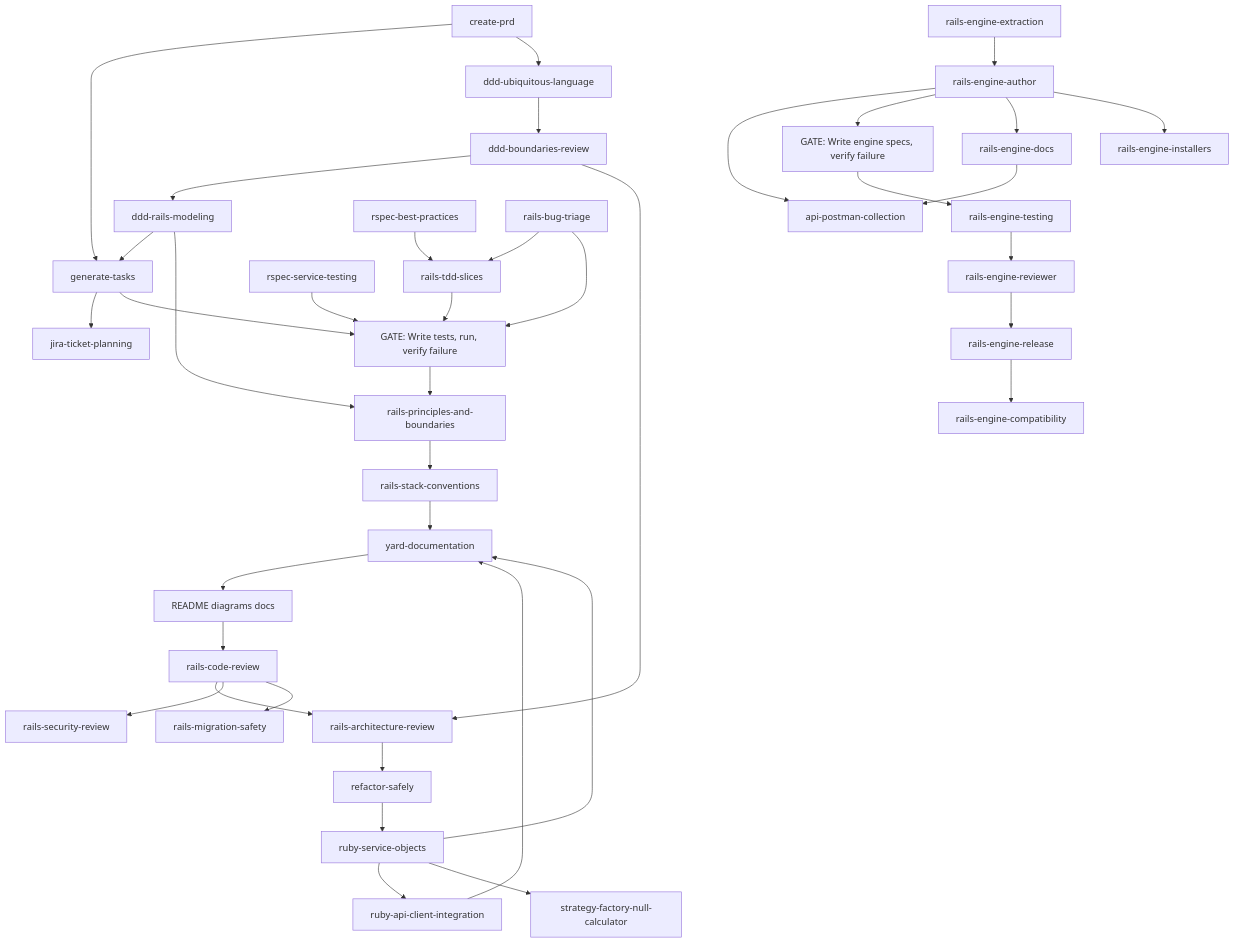
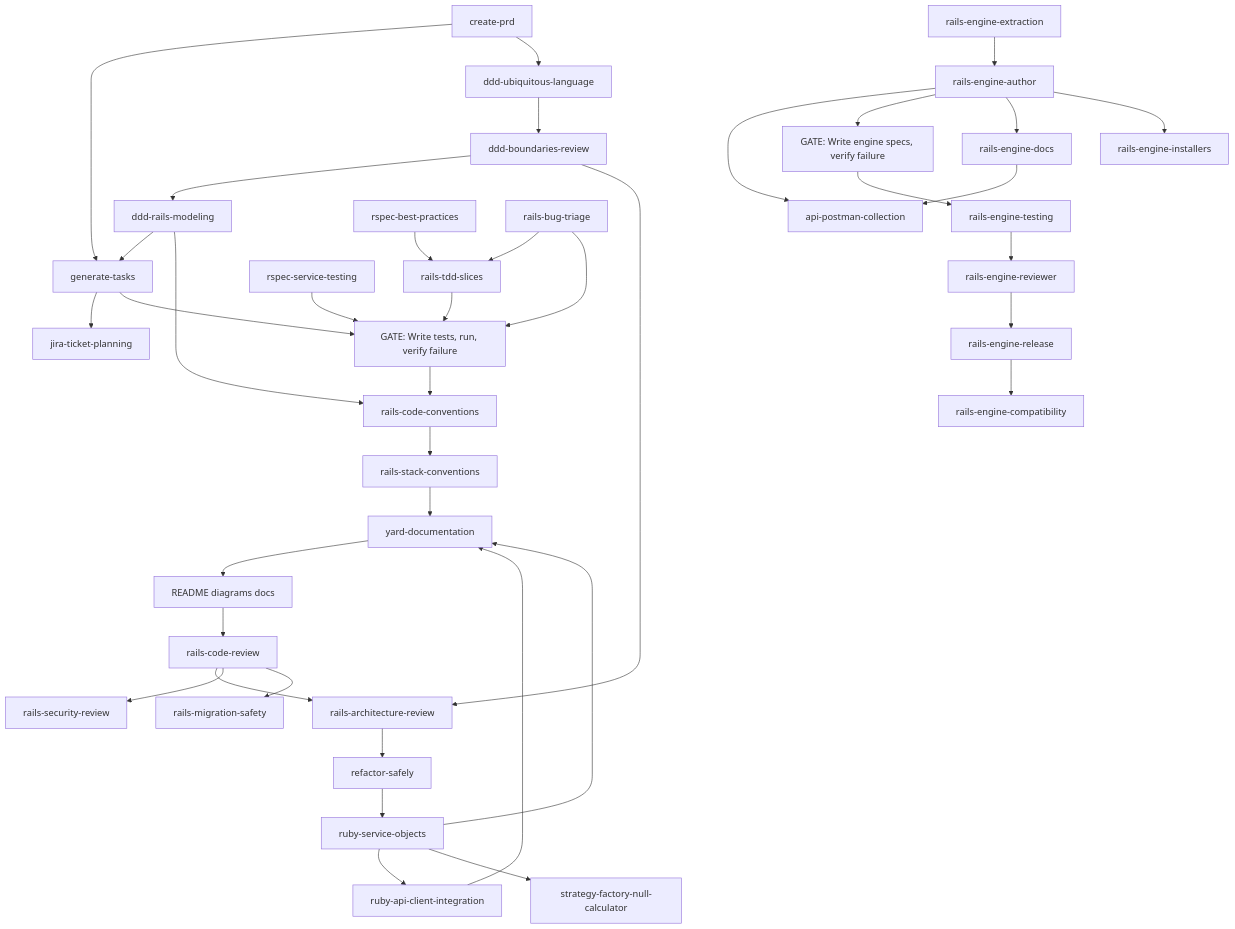
Before and after one commit to igmarin/my-RoR-personal-skills: the diagram in README.md, drawn with Mermaid. The commit also changed other lines of this file and 8 other files, not shown here.

First line of the commit message:
refactor: rename rails-principles-and-boundaries to rails-code-conventions (#9)

````diff
--- a/README.md
+++ b/README.md
@@ -224,46 +224,46 @@
 ```mermaid
 flowchart TD
     createPRD[create-prd] --> generateTasks[generate-tasks]
     createPRD --> dddLanguage[ddd-ubiquitous-language]
     dddLanguage --> dddBoundaries[ddd-boundaries-review]
     dddBoundaries --> dddModeling[ddd-rails-modeling]
     dddBoundaries --> archReview
     dddModeling --> generateTasks
     dddModeling --> railsPrinciples
     generateTasks --> jiraPlanning[jira-ticket-planning]
     generateTasks --> testGate["GATE: Write tests, run, verify failure"]
-    testGate --> railsPrinciples[rails-principles-and-boundaries]
+    testGate --> railsPrinciples[rails-code-conventions]
     railsPrinciples --> stackConventions[rails-stack-conventions]
     stackConventions --> yardDoc[yard-documentation]
     yardDoc --> docUpdates[README diagrams docs]
     docUpdates --> codeReview[rails-code-review]
 
     codeReview --> archReview[rails-architecture-review]
     codeReview --> secReview[rails-security-review]
     codeReview --> migrationSafety[rails-migration-safety]
 
     archReview --> refactorSafely[refactor-safely]
     refactorSafely --> serviceObjects[ruby-service-objects]
 
     serviceObjects --> apiClient[ruby-api-client-integration]
     serviceObjects --> strategyFactory[strategy-factory-null-calculator]
     serviceObjects --> yardDoc
     apiClient --> yardDoc
     engineAuthor --> postman[api-postman-collection]
     engineDocs[rails-engine-docs] --> postman
 
     rspecBest[rspec-best-practices] --> tddSlices[rails-tdd-slices]
     tddSlices --> testGate
     bugTriage[rails-bug-triage] --> tddSlices
     bugTriage --> testGate
     rspecService[rspec-service-testing] --> testGate
 
     engineAuthor[rails-engine-author] --> engineTestGate["GATE: Write engine specs, verify failure"]
     engineTestGate --> engineTesting[rails-engine-testing]
     engineAuthor --> engineDocs[rails-engine-docs]
     engineAuthor --> engineInstallers[rails-engine-installers]
     engineTesting --> engineReviewer[rails-engine-reviewer]
     engineReviewer --> engineRelease[rails-engine-release]
     engineRelease --> engineCompat[rails-engine-compatibility]
     engineExtraction[rails-engine-extraction] --> engineAuthor
 ```
````
